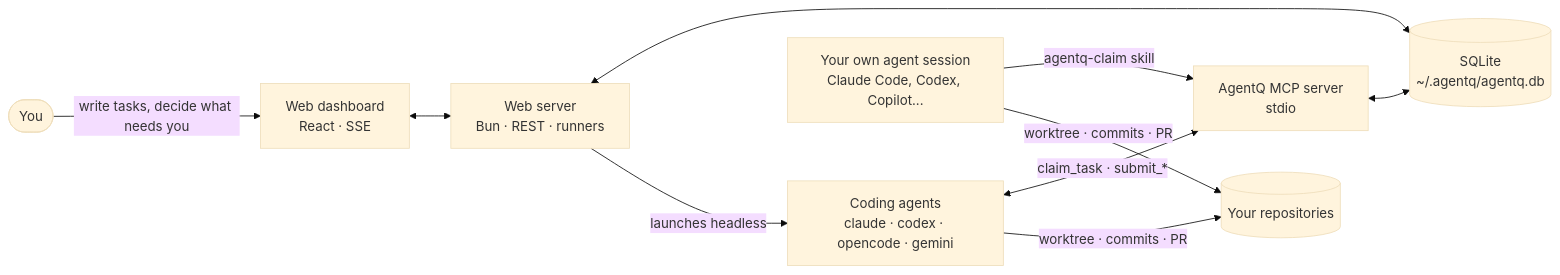
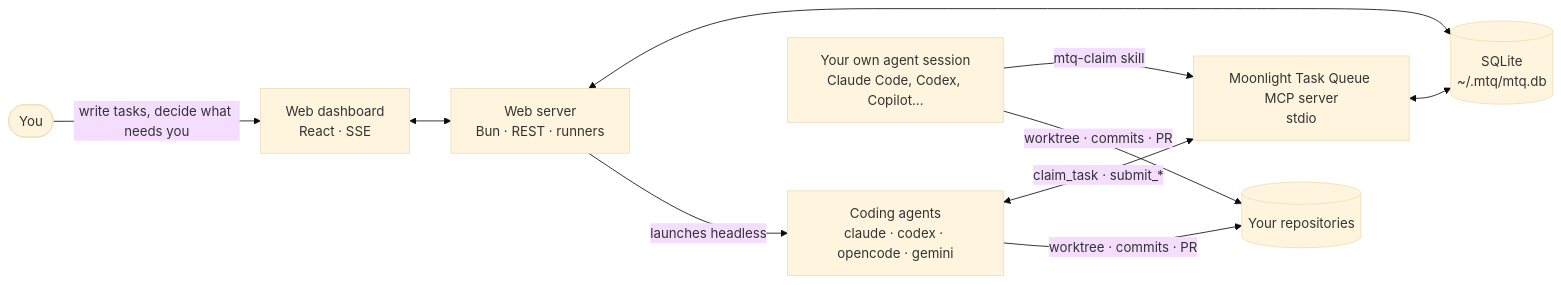
The first of 3 diagrams in README.md (sergiowero/agent-task-queue), drawn with Mermaid (base theme) before and after one commit. The commit also changed other lines of this file and 141 other files, not shown here.

First line of the commit message:
Rename the project to Moonlight Task Queue

````diff
--- a/README.md
+++ b/README.md
@@ -63,12 +63,12 @@
 ```mermaid
 flowchart LR
     you([You]) -->|write tasks, decide what needs you| ui["Web dashboard<br/>React · SSE"]
     ui <--> server["Web server<br/>Bun · REST · runners"]
-    server <--> db[("SQLite<br/>~/.agentq/agentq.db")]
+    server <--> db[("SQLite<br/>~/.mtq/mtq.db")]
     server -->|launches headless| agents["Coding agents<br/>claude · codex · opencode · gemini"]
-    ide["Your own agent session<br/>Claude Code, Codex, Copilot..."] -->|agentq-claim skill| mcp
-    agents <-->|claim_task · submit_*| mcp["AgentQ MCP server<br/>stdio"]
+    ide["Your own agent session<br/>Claude Code, Codex, Copilot..."] -->|mtq-claim skill| mcp
+    agents <-->|claim_task · submit_*| mcp["Moonlight Task Queue MCP server<br/>stdio"]
     mcp <--> db
     agents -->|worktree · commits · PR| repo[("Your repositories")]
     ide -->|worktree · commits · PR| repo
 ```
````
